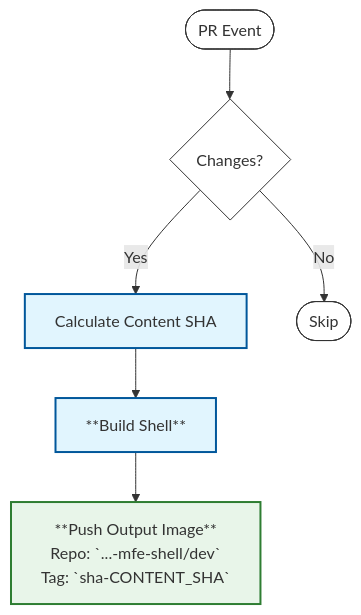
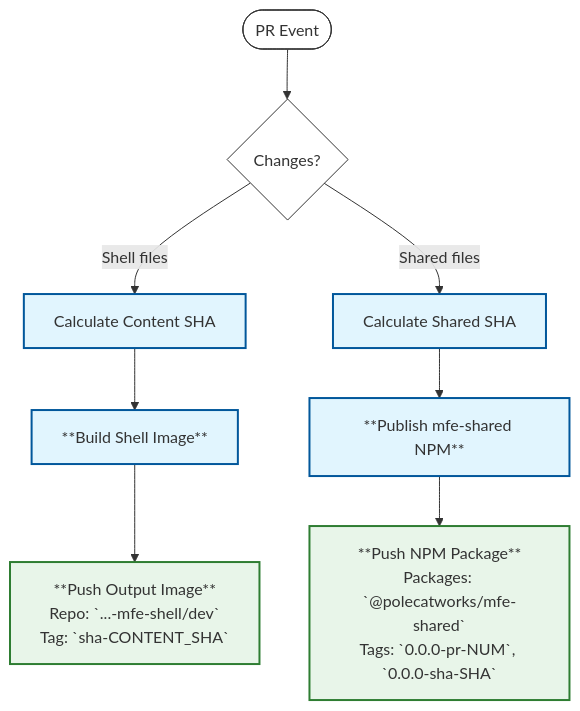
One commit to PolecatWorks/Mfe-shell changed the third of 5 diagrams in .github/WORKFLOW_LOGIC.md. Above: the diagram before and after it, drawn with Mermaid. The commit also changed other lines of this file and 39 other files, not shown here.

````diff
--- a/.github/WORKFLOW_LOGIC.md
+++ b/.github/WORKFLOW_LOGIC.md
@@ -100,18 +76,20 @@
 ```mermaid
 flowchart TD
     Start([PR Event]) --> CheckPaths{Changes?}
 
-    CheckPaths -->|Yes| CalcSHA[Calculate Content SHA]
-    CheckPaths -->|No| Skip([Skip])
+    CheckPaths -->|Shell files| CalcSHA[Calculate Content SHA]
+    CheckPaths -->|Shared files| CalcSharedSHA[Calculate Shared SHA]
 
-    CalcSHA --> Build[**Build Shell**]
+    CalcSHA --> Build[**Build Shell Image**]
+    CalcSharedSHA --> BuildShared[**Publish mfe-shared NPM**]
 
     Build --> Output[**Push Output Image**<br/>Repo: `...-mfe-shell/dev`<br/>Tag: `sha-CONTENT_SHA`]
+    BuildShared --> SharedOutput[**Push NPM Package**<br/>Packages: `@polecatworks/mfe-shared`<br/>Tags: `0.0.0-pr-NUM`, `0.0.0-sha-SHA`]
 
     classDef default fill:#fff,stroke:#333,stroke-width:1px;
     classDef action fill:#e1f5fe,stroke:#01579b,stroke-width:2px;
     classDef output fill:#e8f5e9,stroke:#2e7d32,stroke-width:2px;
 
-    class CalcSHA,Build action;
-    class Output output;
+    class CalcSHA,Build,CalcSharedSHA,BuildShared action;
+    class Output,SharedOutput output;
 ```
````
